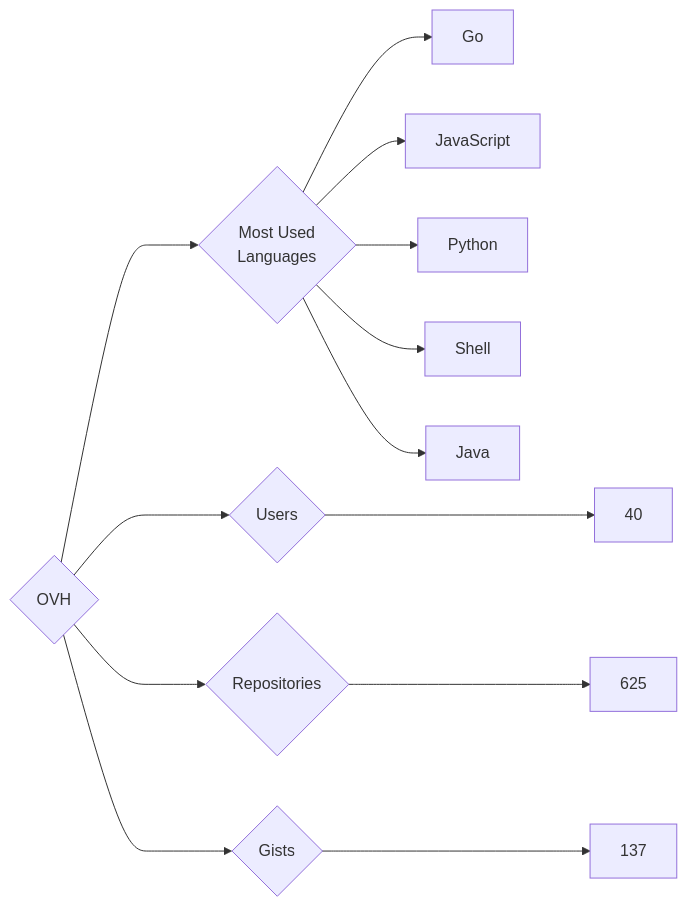
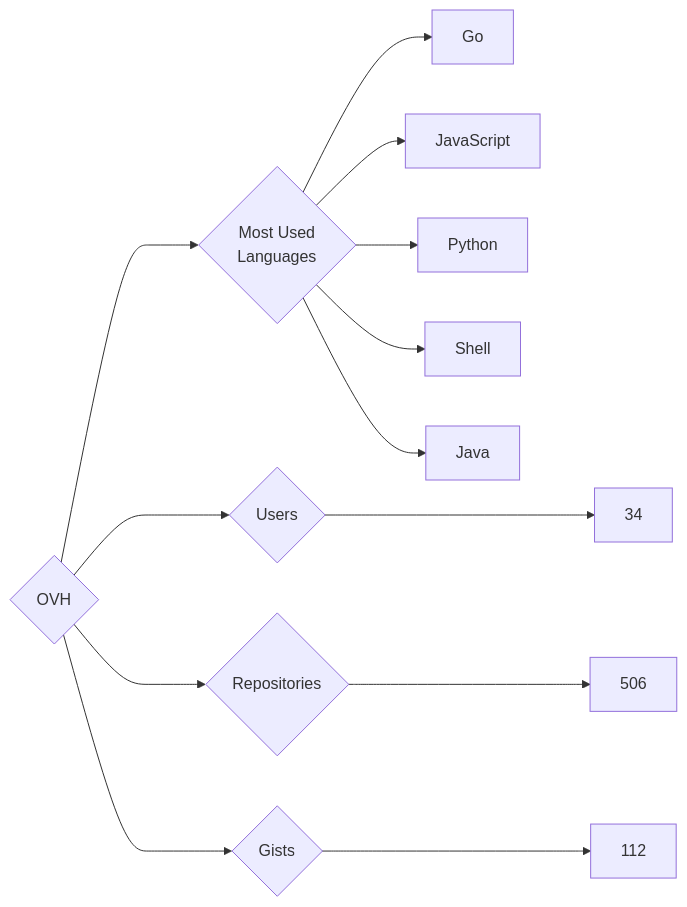
One commit to trickest/insiders changed the diagram in targets/OVH/README.md. Above: the diagram before and after it, drawn with Mermaid. The commit also changed 773 other files, not shown here.

````diff
--- a/targets/OVH/README.md
+++ b/targets/OVH/README.md
@@ -3,13 +3,13 @@
 ```mermaid
 graph LR
 COMPANY_NAME{OVH}
-COMPANY_NAME ---> U{Users} ---> UN[40]
-COMPANY_NAME ---> R{Repositories} ---> RN[625]
-COMPANY_NAME ---> G{Gists} ---> GN[137]
+COMPANY_NAME ---> U{Users} ---> UN[34]
+COMPANY_NAME ---> R{Repositories} ---> RN[506]
+COMPANY_NAME ---> G{Gists} ---> GN[112]
 COMPANY_NAME ---> ML{Most Used<br>Languages}
 ML --> Go[Go]
 ML --> JavaScript[JavaScript]
 ML --> Python[Python]
 ML --> Shell[Shell]
 ML --> Java[Java]
 ```
````
